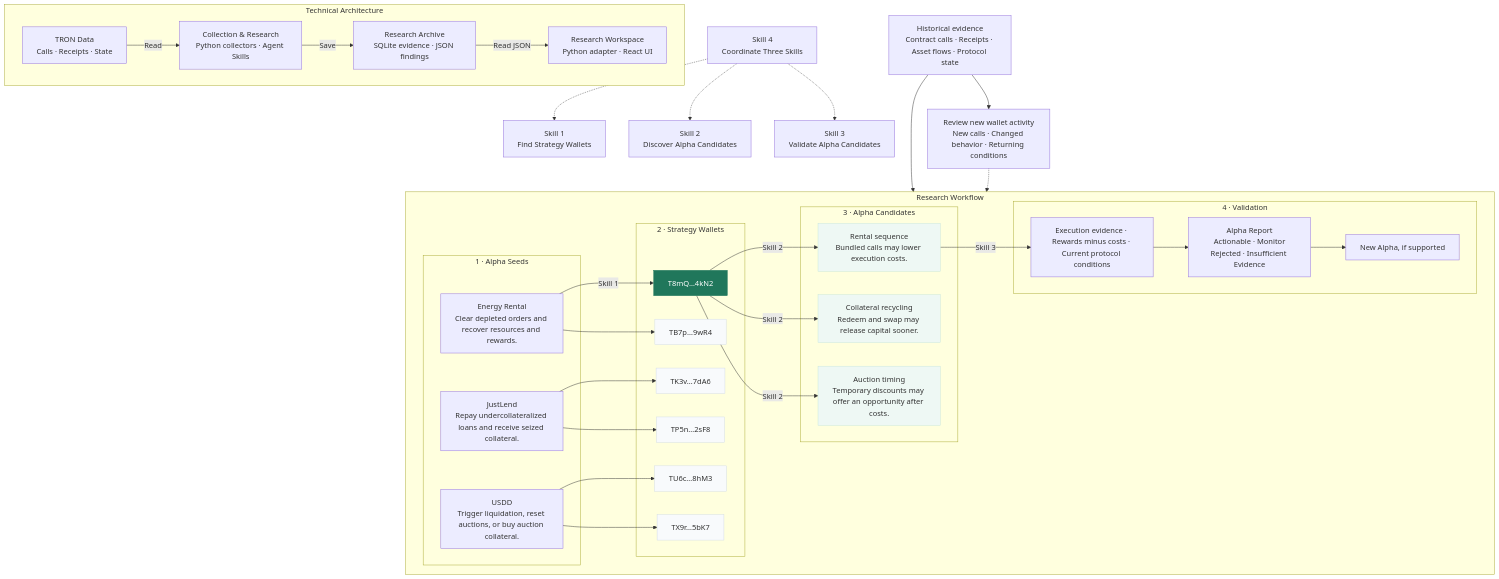
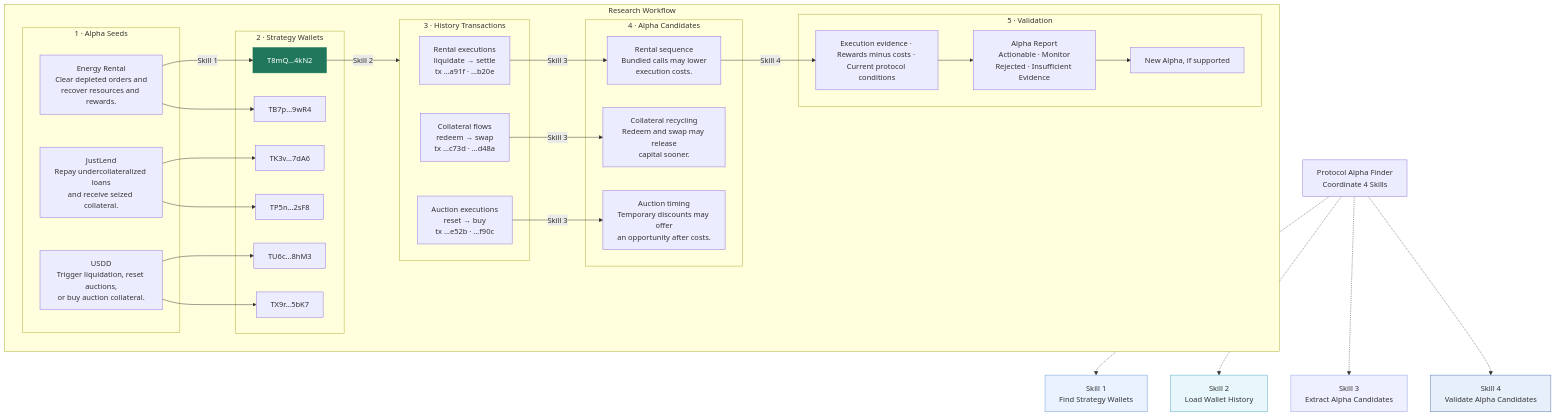
Before and after one commit to qinyh10300/protocol-alpha-finder: the diagram in docs/diagrams/system-architecture-en.mmd, drawn with Mermaid. The commit also changed 10 other files, not shown here.

Commit message:
docs: redraw five-stage alpha research workflow

```diff
--- a/docs/diagrams/system-architecture-en.mmd
+++ b/docs/diagrams/system-architecture-en.mmd
@@ -1,71 +1,59 @@
 flowchart TB
     subgraph FLOW["Research Workflow"]
         direction LR
         subgraph SEEDS["1 · Alpha Seeds"]
-            SEED0["Energy Rental<br/>Clear depleted orders and recover resources and rewards."]
-            SEED1["JustLend<br/>Repay undercollateralized loans and receive seized collateral."]
-            SEED2["USDD<br/>Trigger liquidation, reset auctions, or buy auction collateral."]
+            SEED0["Energy Rental<br/>Clear depleted orders and<br/>recover resources and rewards."]
+            SEED1["JustLend<br/>Repay undercollateralized loans<br/>and receive seized collateral."]
+            SEED2["USDD<br/>Trigger liquidation, reset auctions,<br/>or buy auction collateral."]
         end
         subgraph WALLETS["2 · Strategy Wallets"]
             WALLET0["T8mQ…4kN2"]
             WALLET1["TB7p…9wR4"]
             WALLET2["TK3v…7dA6"]
             WALLET3["TP5n…2sF8"]
             WALLET4["TU6c…8hM3"]
             WALLET5["TX9r…5bK7"]
         end
-        subgraph CANDIDATES["3 · Alpha Candidates"]
-            CANDIDATE0["Rental sequence<br/>Bundled calls may lower execution costs."]
-            CANDIDATE1["Collateral recycling<br/>Redeem and swap may release capital sooner."]
-            CANDIDATE2["Auction timing<br/>Temporary discounts may offer an opportunity after costs."]
+        subgraph HISTORYS["3 · History Transactions"]
+            HISTORY0["Rental executions<br/>liquidate → settle<br/>tx …a91f · …b20e"]
+            HISTORY1["Collateral flows<br/>redeem → swap<br/>tx …c73d · …d48a"]
+            HISTORY2["Auction executions<br/>reset → buy<br/>tx …e52b · …f90c"]
         end
-        subgraph VALIDATION["4 · Validation"]
+        subgraph CANDIDATES["4 · Alpha Candidates"]
+            CANDIDATE0["Rental sequence<br/>Bundled calls may lower<br/>execution costs."]
+            CANDIDATE1["Collateral recycling<br/>Redeem and swap may release<br/>capital sooner."]
+            CANDIDATE2["Auction timing<br/>Temporary discounts may offer<br/>an opportunity after costs."]
+        end
+        subgraph VALIDATION["5 · Validation"]
             CHECK["Execution evidence · Rewards minus costs · Current protocol conditions"]
             REPORT["Alpha Report<br/>Actionable · Monitor<br/>Rejected · Insufficient Evidence"]
             NEW["New Alpha, if supported"]
             CHECK --> REPORT --> NEW
         end
         SEED0 -->|Skill 1| WALLET0
         SEED0 --> WALLET1
         SEED1 --> WALLET2
         SEED1 --> WALLET3
         SEED2 --> WALLET4
         SEED2 --> WALLET5
-        WALLET0 -->|Skill 2| CANDIDATE0
-        WALLET0 -->|Skill 2| CANDIDATE1
-        WALLET0 -->|Skill 2| CANDIDATE2
-        CANDIDATE0 -->|Skill 3| CHECK
+        WALLET0 -->|Skill 2| HISTORYS
+        HISTORY0 -->|Skill 3| CANDIDATE0
+        HISTORY1 -->|Skill 3| CANDIDATE1
+        HISTORY2 -->|Skill 3| CANDIDATE2
+        CANDIDATE0 -->|Skill 4| CHECK
     end
     S1["Skill 1<br/>Find Strategy Wallets"]
-    S2["Skill 2<br/>Discover Alpha Candidates"]
-    S3["Skill 3<br/>Validate Alpha Candidates"]
-    S4["Skill 4<br/>Coordinate Three Skills"]
-    S4 -.-> S1
-    S4 -.-> S2
-    S4 -.-> S3
-    HISTORY["Historical evidence<br/>Contract calls · Receipts · Asset flows · Protocol state"]
-    OBSERVE["Review new wallet activity<br/>New calls · Changed behavior · Returning conditions"]
-    HISTORY --> FLOW
-    HISTORY --> OBSERVE
-    OBSERVE -.-> FLOW
-    %% Illustrative addresses and hypotheses · The highlighted wallet leads to three candidate mechanisms.
-    %% Repeat collection and review; current checks start manually.
+    S2["Skill 2<br/>Load Wallet History"]
+    S3["Skill 3<br/>Extract Alpha Candidates"]
+    S4["Skill 4<br/>Validate Alpha Candidates"]
+    COORD["Protocol Alpha Finder<br/>Coordinate 4 Skills"]
+    COORD -.-> S1
+    COORD -.-> S2
+    COORD -.-> S3
+    COORD -.-> S4
     style WALLET0 fill:#20775b,stroke:#20775b,color:#ffffff
-    style WALLET1 fill:#f8fafc,stroke:#d3dce6
-    style WALLET2 fill:#f8fafc,stroke:#d3dce6
-    style WALLET3 fill:#f8fafc,stroke:#d3dce6
-    style WALLET4 fill:#f8fafc,stroke:#d3dce6
-    style WALLET5 fill:#f8fafc,stroke:#d3dce6
-    style CANDIDATE0 fill:#eef8f4,stroke:#c9e5d9
-    style CANDIDATE1 fill:#eef8f4,stroke:#c9e5d9
-    style CANDIDATE2 fill:#eef8f4,stroke:#c9e5d9
-    subgraph TECH["Technical Architecture"]
-        direction LR
-        T0["TRON Data<br/>Calls · Receipts · State"]
-        T1["Collection & Research<br/>Python collectors · Agent Skills"]
-        T0 -->|Read| T1
-        T2["Research Archive<br/>SQLite evidence · JSON findings"]
-        T1 -->|Save| T2
-        T3["Research Workspace<br/>Python adapter · React UI"]
-        T2 -->|Read JSON| T3
-    end
+    style S1 fill:#eaf2ff,stroke:#6c9ad9
+    style S2 fill:#e7f7fc,stroke:#53a9c7
+    style S3 fill:#eef0ff,stroke:#929fe8
+    style S4 fill:#e7effb,stroke:#4d74ad
+    %% Illustrative addresses and transaction groups. A selected wallet supplies its history; three evidence groups produce three candidate hypotheses, with one shown entering validation. The four numbered operations are coordinated by Protocol Alpha Finder. Historical coverage is recorded explicitly.
```
